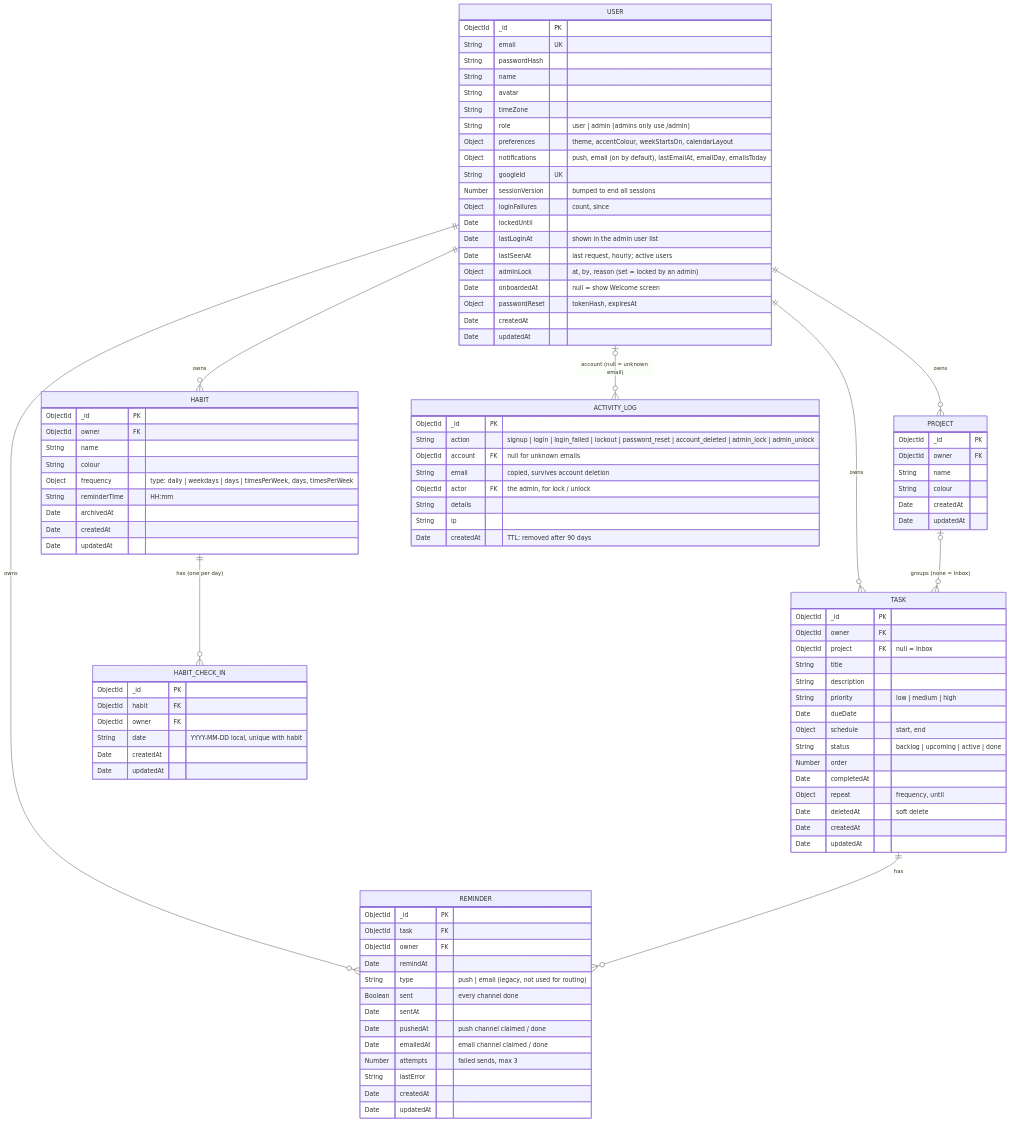
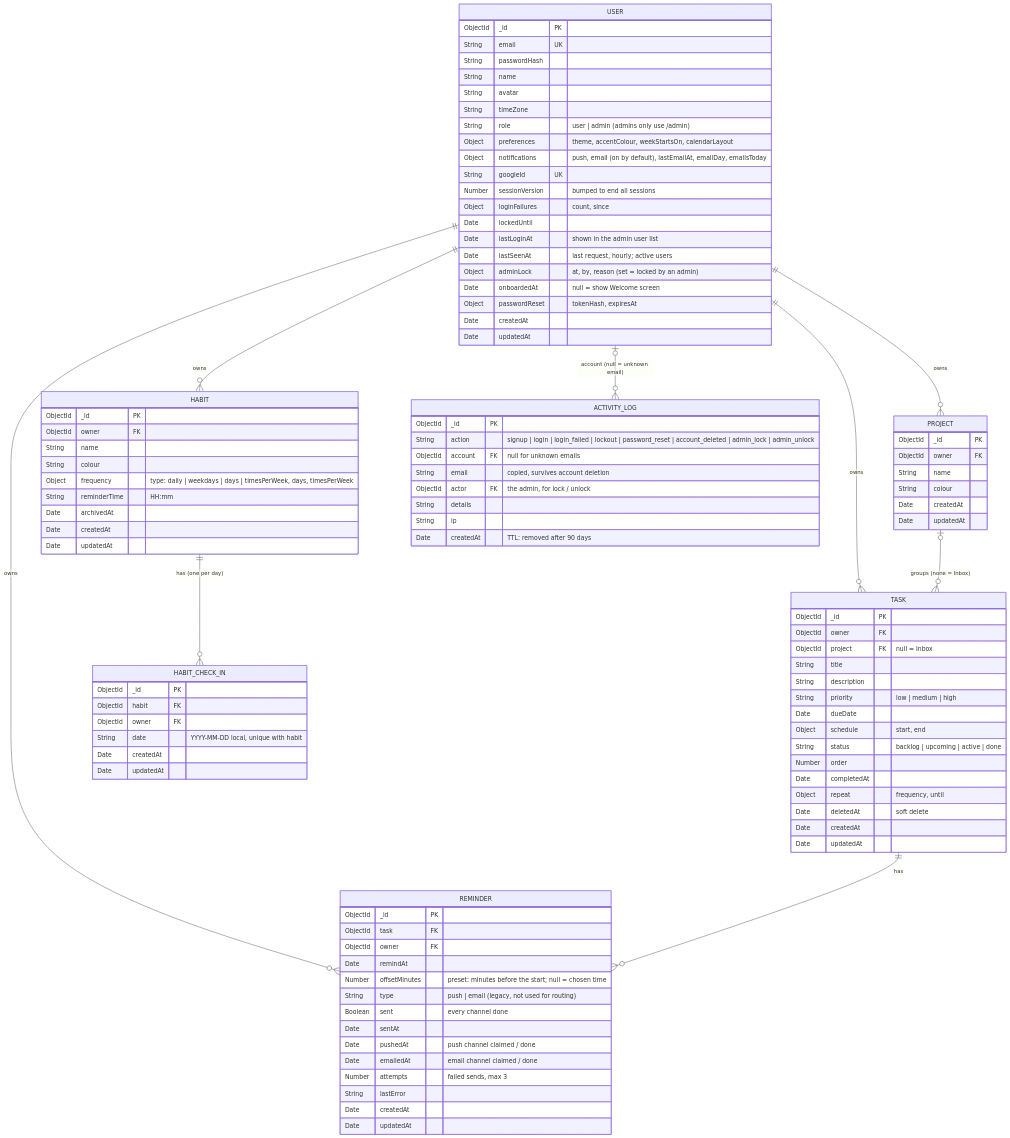
Before and after one commit to khang-ngo4444/VCD_Agendal: the diagram in docs/erd.mmd, drawn with Mermaid. The commit also changed 8 other files, not shown here.

```diff
--- a/docs/erd.mmd
+++ b/docs/erd.mmd
@@ -1,103 +1,104 @@
 %% Source for docs/erd.png. Re-render after editing:
 %% npx -y @mermaid-js/mermaid-cli -i docs/erd.mmd -o docs/erd.png -b white -s 2
 erDiagram
     USER ||--o{ PROJECT : owns
     USER ||--o{ TASK : owns
     USER ||--o{ REMINDER : owns
     PROJECT |o--o{ TASK : "groups (none = Inbox)"
     TASK ||--o{ REMINDER : has
     USER ||--o{ HABIT : owns
     HABIT ||--o{ HABIT_CHECK_IN : "has (one per day)"
     USER |o--o{ ACTIVITY_LOG : "account (null = unknown email)"
 
     USER {
         ObjectId _id PK
         String email UK
         String passwordHash
         String name
         String avatar
         String timeZone
         String role "user | admin (admins only use /admin)"
         Object preferences "theme, accentColour, weekStartsOn, calendarLayout"
         Object notifications "push, email (on by default), lastEmailAt, emailDay, emailsToday"
         String googleId UK
         Number sessionVersion "bumped to end all sessions"
         Object loginFailures "count, since"
         Date lockedUntil
         Date lastLoginAt "shown in the admin user list"
         Date lastSeenAt "last request, hourly; active users"
         Object adminLock "at, by, reason (set = locked by an admin)"
         Date onboardedAt "null = show Welcome screen"
         Object passwordReset "tokenHash, expiresAt"
         Date createdAt
         Date updatedAt
     }
     PROJECT {
         ObjectId _id PK
         ObjectId owner FK
         String name
         String colour
         Date createdAt
         Date updatedAt
     }
     TASK {
         ObjectId _id PK
         ObjectId owner FK
         ObjectId project FK "null = Inbox"
         String title
         String description
         String priority "low | medium | high"
         Date dueDate
         Object schedule "start, end"
         String status "backlog | upcoming | active | done"
         Number order
         Date completedAt
         Object repeat "frequency, until"
         Date deletedAt "soft delete"
         Date createdAt
         Date updatedAt
     }
     REMINDER {
         ObjectId _id PK
         ObjectId task FK
         ObjectId owner FK
         Date remindAt
+        Number offsetMinutes "preset: minutes before the start; null = chosen time"
         String type "push | email (legacy, not used for routing)"
         Boolean sent "every channel done"
         Date sentAt
         Date pushedAt "push channel claimed / done"
         Date emailedAt "email channel claimed / done"
         Number attempts "failed sends, max 3"
         String lastError
         Date createdAt
         Date updatedAt
     }
     HABIT {
         ObjectId _id PK
         ObjectId owner FK
         String name
         String colour
         Object frequency "type: daily | weekdays | days | timesPerWeek, days, timesPerWeek"
         String reminderTime "HH:mm"
         Date archivedAt
         Date createdAt
         Date updatedAt
     }
     HABIT_CHECK_IN {
         ObjectId _id PK
         ObjectId habit FK
         ObjectId owner FK
         String date "YYYY-MM-DD local, unique with habit"
         Date createdAt
         Date updatedAt
     }
     ACTIVITY_LOG {
         ObjectId _id PK
         String action "signup | login | login_failed | lockout | password_reset | account_deleted | admin_lock | admin_unlock"
         ObjectId account FK "null for unknown emails"
         String email "copied, survives account deletion"
         ObjectId actor FK "the admin, for lock / unlock"
         String details
         String ip
         Date createdAt "TTL: removed after 90 days"
     }
```
